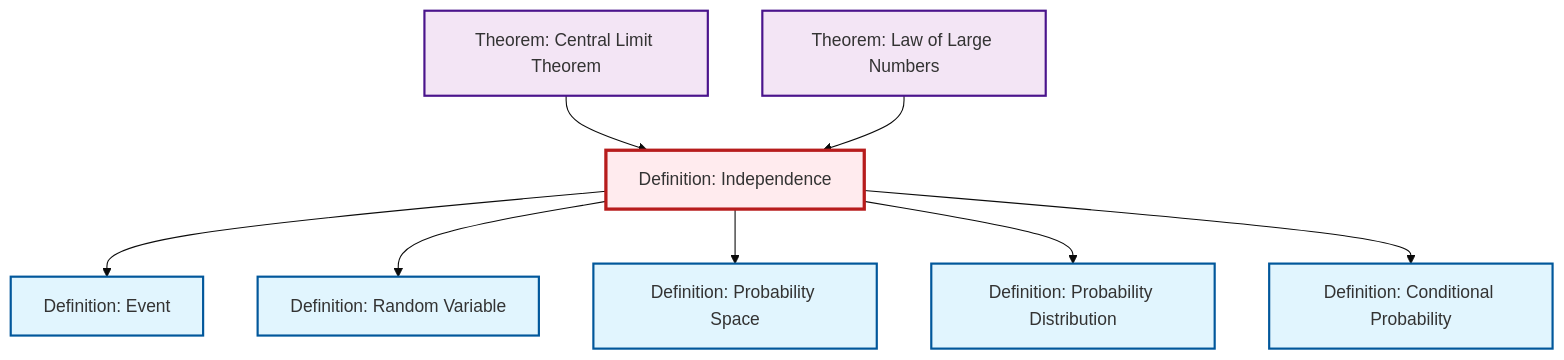
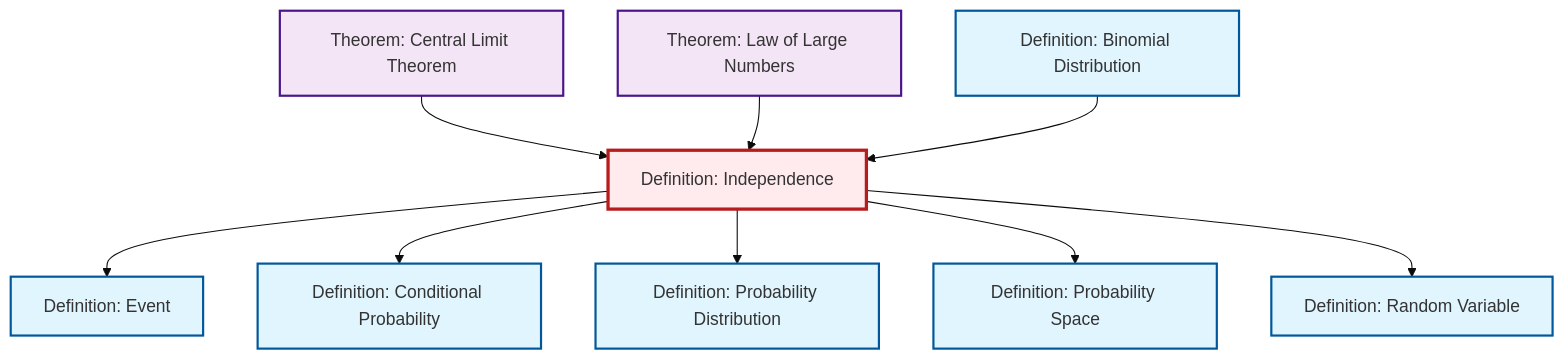
Before and after one commit to RK0429/ModernMath: the diagram in content/en/probability-statistics/def-independence.qmd, drawn with Mermaid (base theme). The commit also changed 654 other files, not shown here.

````diff
--- a/content/en/probability-statistics/def-independence.qmd
+++ b/content/en/probability-statistics/def-independence.qmd
@@ -114,32 +114,35 @@
 ```{mermaid}
 %%| fig-cap: "Local dependency graph"
 graph TD
     classDef definition fill:#e1f5fe,stroke:#01579b,stroke-width:2px
     classDef theorem fill:#f3e5f5,stroke:#4a148c,stroke-width:2px
     classDef axiom fill:#fff3e0,stroke:#e65100,stroke-width:2px
     classDef example fill:#e8f5e9,stroke:#1b5e20,stroke-width:2px
     classDef current fill:#ffebee,stroke:#b71c1c,stroke-width:3px
+    def-binomial-distribution["Definition: Binomial Distribution"]:::definition
+    thm-law-of-large-numbers["Theorem: Law of Large Numbers"]:::theorem
+    def-probability-distribution["Definition: Probability Distribution"]:::definition
+    def-event["Definition: Event"]:::definition
+    def-conditional-probability["Definition: Conditional Probability"]:::definition
+    def-random-variable["Definition: Random Variable"]:::definition
+    thm-central-limit["Theorem: Central Limit Theorem"]:::theorem
     def-independence["Definition: Independence"]:::definition
-    def-conditional-probability["Definition: Conditional Probability"]:::definition
-    def-event["Definition: Event"]:::definition
     def-probability-space["Definition: Probability Space"]:::definition
-    thm-central-limit["Theorem: Central Limit Theorem"]:::theorem
-    def-probability-distribution["Definition: Probability Distribution"]:::definition
-    thm-law-of-large-numbers["Theorem: Law of Large Numbers"]:::theorem
-    def-random-variable["Definition: Random Variable"]:::definition
+    thm-central-limit --> def-independence
     def-independence --> def-event
-    def-independence --> def-random-variable
-    def-independence --> def-probability-space
-    thm-central-limit --> def-independence
+    def-independence --> def-conditional-probability
     thm-law-of-large-numbers --> def-independence
     def-independence --> def-probability-distribution
-    def-independence --> def-conditional-probability
+    def-independence --> def-probability-space
+    def-independence --> def-random-variable
+    def-binomial-distribution --> def-independence
     class def-independence current
+    click def-binomial-distribution "def-binomial-distribution.html" "Go to Binomial Distribution definition"
+    click thm-law-of-large-numbers "thm-law-of-large-numbers.html" "Go to Law of Large Numbers theorem"
+    click def-probability-distribution "def-probability-distribution.html" "Go to Probability Distribution definition"
+    click def-event "def-event.html" "Go to Event definition"
     click def-conditional-probability "def-conditional-probability.html" "Go to Conditional Probability definition"
-    click def-event "def-event.html" "Go to Event definition"
+    click def-random-variable "def-random-variable.html" "Go to Random Variable definition"
+    click thm-central-limit "thm-central-limit.html" "Go to Central Limit Theorem theorem"
     click def-probability-space "def-probability-space.html" "Go to Probability Space definition"
-    click thm-central-limit "thm-central-limit.html" "Go to Central Limit Theorem theorem"
-    click def-probability-distribution "def-probability-distribution.html" "Go to Probability Distribution definition"
-    click thm-law-of-large-numbers "thm-law-of-large-numbers.html" "Go to Law of Large Numbers theorem"
-    click def-random-variable "def-random-variable.html" "Go to Random Variable definition"
 ```
````
